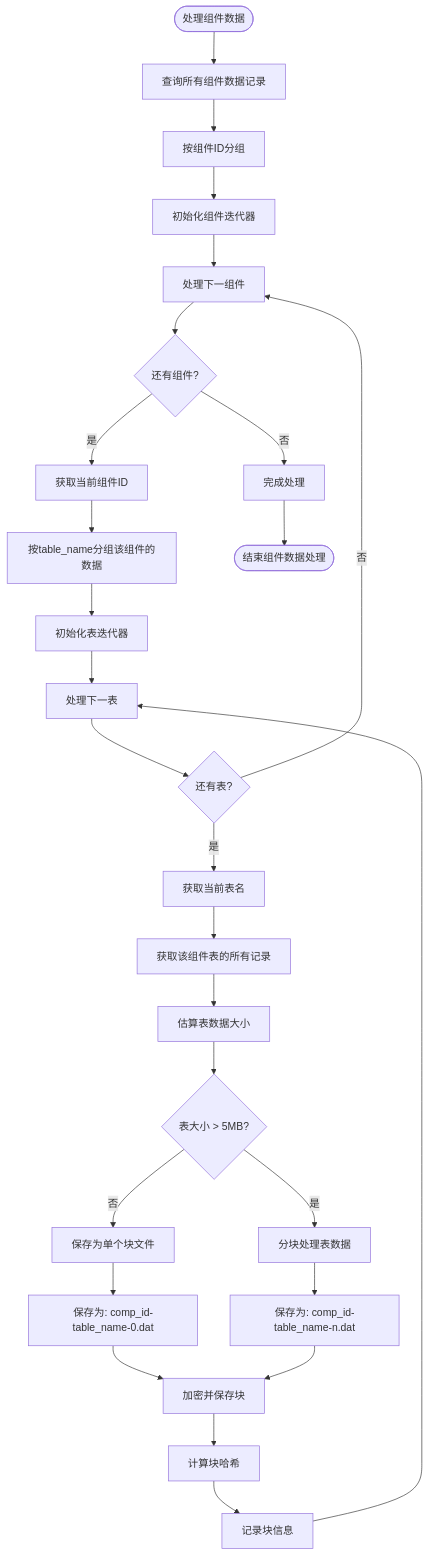
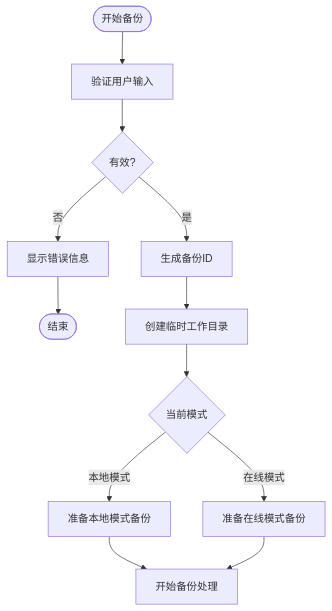
The diagram in all/未命名-52.md (yingjianzh/iodraw-files), drawn with Mermaid before and after one commit.

Commit message:
2025-05-09 14:36:15 update

````diff
--- a/all/未命名-52.md
+++ b/all/未命名-52.md
@@ -1,38 +1,19 @@
 ```mermaid
 flowchart TD
-    Start([处理组件数据]) --> QueryAll[查询所有组件数据记录]
-    QueryAll --> GroupByComp[按组件ID分组]
-    GroupByComp --> InitCompIterator[初始化组件迭代器]
+    Start([开始备份]) --> ValidateInput[验证用户输入]
+    ValidateInput --> InputValid{有效?}
     
-    InitCompIterator --> NextComp[处理下一组件]
-    NextComp --> HasMoreComp{还有组件?}
-    HasMoreComp -->|否| CompleteProcess[完成处理]
-    HasMoreComp -->|是| GetCompID[获取当前组件ID]
+    InputValid -->|否| ShowError[显示错误信息]
+    InputValid -->|是| CreateBackupID[生成备份ID]
     
-    GetCompID --> GroupByTable[按table_name分组该组件的数据]
-    GroupByTable --> InitTableIterator[初始化表迭代器]
+    ShowError --> End([结束])
     
-    InitTableIterator --> NextTable[处理下一表]
-    NextTable --> HasMoreTables{还有表?}
-    HasMoreTables -->|否| NextComp
-    HasMoreTables -->|是| GetTableName[获取当前表名]
+    CreateBackupID --> CreateWorkDir[创建临时工作目录]
+    CreateWorkDir --> CheckMode{当前模式}
     
-    GetTableName --> GetTableRecords[获取该组件表的所有记录]
-    GetTableRecords --> EstimateTableSize[估算表数据大小]
+    CheckMode -->|本地模式| PrepLocalBackup[准备本地模式备份]
+    CheckMode -->|在线模式| PrepServerBackup[准备在线模式备份]
     
-    EstimateTableSize --> SizeCheck{表大小 > 5MB?}
-    SizeCheck -->|否| SaveAsOneChunk[保存为单个块文件]
-    SizeCheck -->|是| ChunkTable[分块处理表数据]
-    
-    SaveAsOneChunk --> SavePath[保存为: comp_id-table_name-0.dat]
-    ChunkTable --> ChunkPath[保存为: comp_id-table_name-n.dat]
-    
-    SavePath --> EncryptChunk[加密并保存块]
-    ChunkPath --> EncryptChunk
-    
-    EncryptChunk --> CalcChunkHash[计算块哈希]
-    CalcChunkHash --> RecordChunkInfo[记录块信息]
-    RecordChunkInfo --> NextTable
-    
-    CompleteProcess --> End([结束组件数据处理])
+    PrepLocalBackup --> BeginBackup[开始备份处理]
+    PrepServerBackup --> BeginBackup
 ```
````
